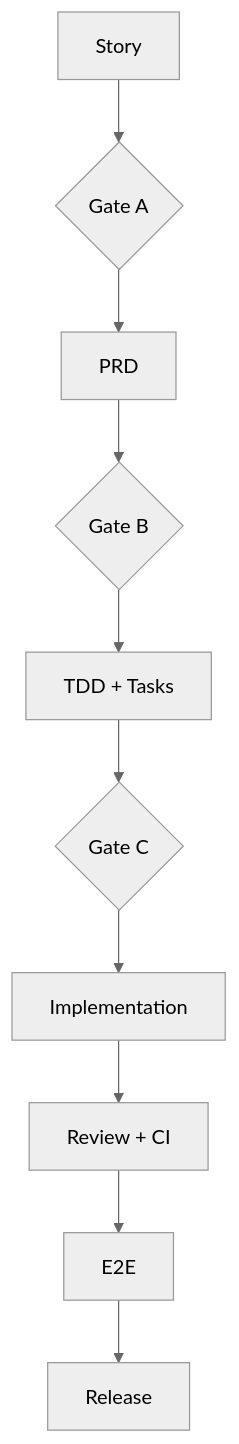
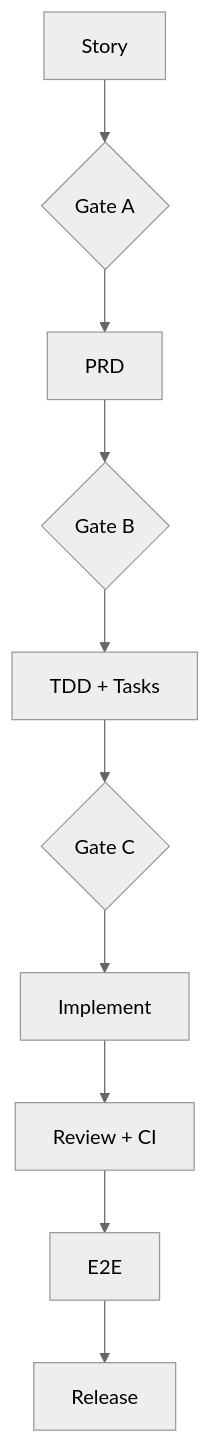
One commit to sa-kannguyen/test-harness-workflow changed the diagram in PLAN-US0502.md. Above: the diagram before and after it, drawn with Mermaid (neutral theme). The commit also changed other lines of this file and 10 other files, not shown here.

````diff
--- a/PLAN-US0502.md
+++ b/PLAN-US0502.md
@@ -14,12 +12,12 @@
 ```mermaid
 flowchart TD
   A[Story] --> GA{Gate A}
   GA --> B[PRD]
   B --> GB{Gate B}
   GB --> C[TDD + Tasks]
   C --> GC{Gate C}
-  GC --> D[Implementation]
+  GC --> D[Implement]
   D --> E[Review + CI]
   E --> F[E2E]
-  F --> G[Release]
+  F --> R[Release]
 ```
````
